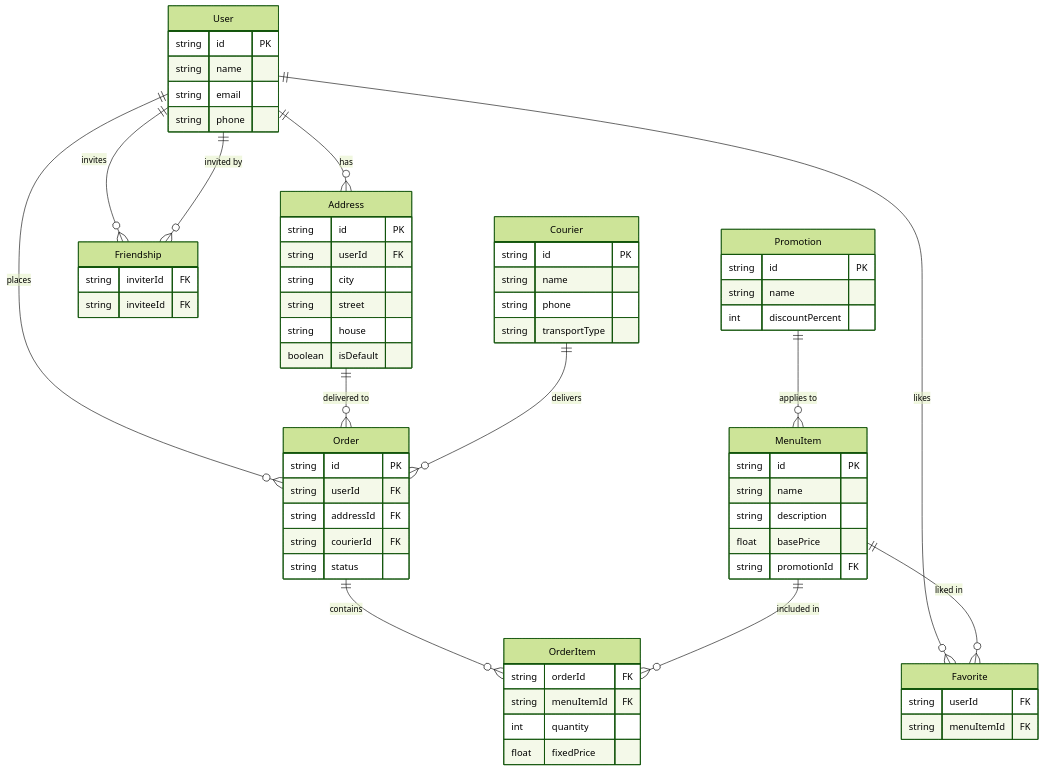
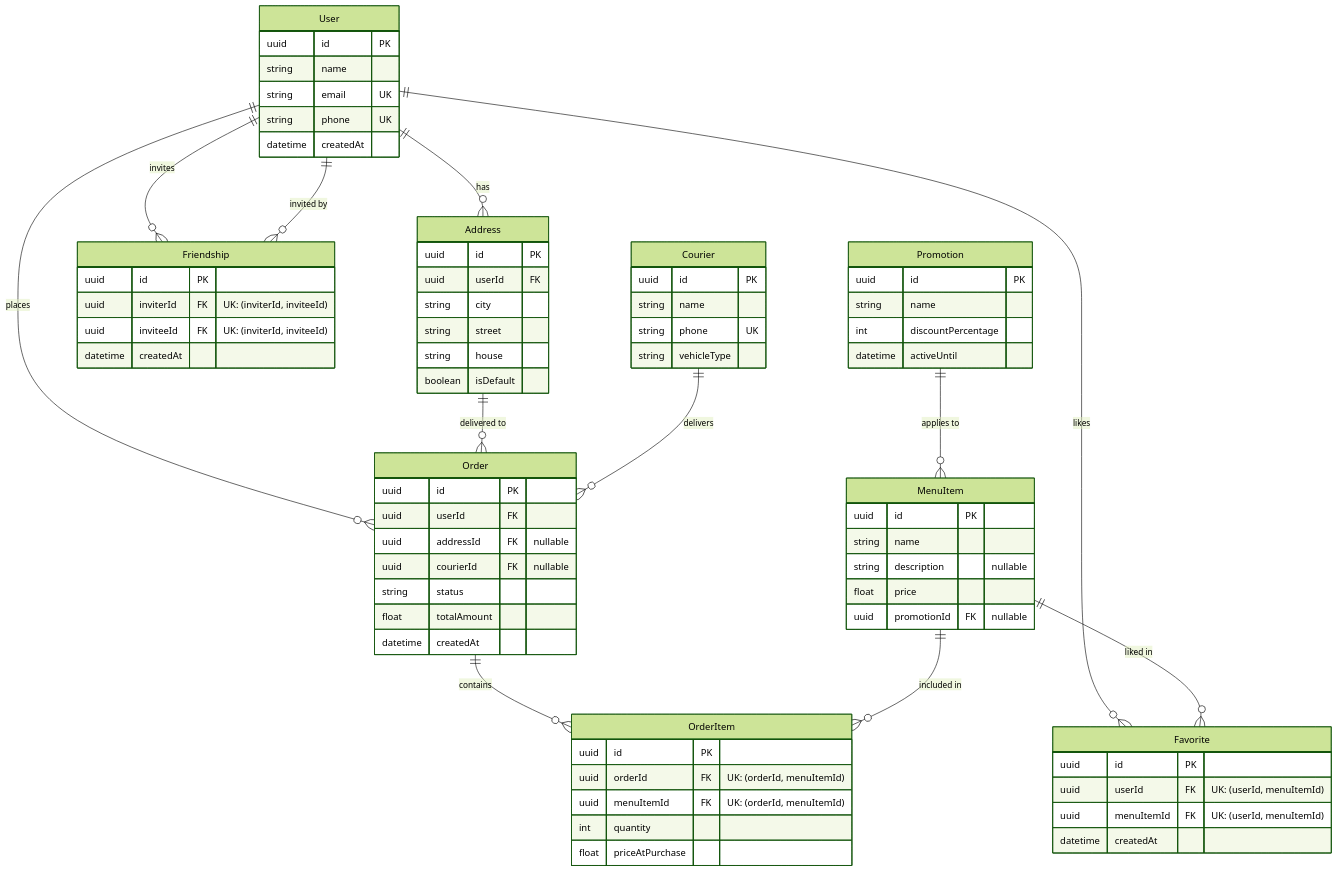
One commit to konkusandrey-gif/Kpi2_labwork changed the diagram in labs/lab1-er/model/er.mmd. Above: the diagram before and after it, drawn with Mermaid (forest theme).

Commit message:
update ER diagram with UUID, UK, and nullable fields based on new spec
Updated data types for various fields to use UUIDs and modified some field names for clarity.

```diff
--- a/labs/lab1-er/model/er.mmd
+++ b/labs/lab1-er/model/er.mmd
@@ -1,66 +1,83 @@
 erDiagram
     User {
-        string id PK
+        uuid id PK
         string name
-        string email
-        string phone
+        string email UK
+        string phone UK
+        datetime createdAt
     }
+
     Address {
-        string id PK
-        string userId FK
+        uuid id PK
+        uuid userId FK
         string city
         string street
         string house
         boolean isDefault
     }
+
     Friendship {
-        string inviterId FK
-        string inviteeId FK
+        uuid id PK
+        uuid inviterId FK "UK: (inviterId, inviteeId)"
+        uuid inviteeId FK "UK: (inviterId, inviteeId)"
+        datetime createdAt
     }
+
     Promotion {
-        string id PK
+        uuid id PK
         string name
-        int discountPercent
+        int discountPercentage
+        datetime activeUntil
     }
+
     MenuItem {
-        string id PK
+        uuid id PK
         string name
-        string description
-        float basePrice
-        string promotionId FK
+        string description "nullable"
+        float price
+        uuid promotionId FK "nullable"
     }
+
     Favorite {
-        string userId FK
-        string menuItemId FK
+        uuid id PK
+        uuid userId FK "UK: (userId, menuItemId)"
+        uuid menuItemId FK "UK: (userId, menuItemId)"
+        datetime createdAt
     }
+
     Courier {
-        string id PK
+        uuid id PK
         string name
-        string phone
-        string transportType
+        string phone UK
+        string vehicleType
     }
+
     Order {
-        string id PK
-        string userId FK
-        string addressId FK
-        string courierId FK
+        uuid id PK
+        uuid userId FK
+        uuid addressId FK "nullable"
+        uuid courierId FK "nullable"
         string status
+        float totalAmount
+        datetime createdAt
     }
+
     OrderItem {
-        string orderId FK
-        string menuItemId FK
+        uuid id PK
+        uuid orderId FK "UK: (orderId, menuItemId)"
+        uuid menuItemId FK "UK: (orderId, menuItemId)"
         int quantity
-        float fixedPrice
+        float priceAtPurchase
     }
 
     User ||--o{ Address : "has"
     User ||--o{ Friendship : "invites"
     User ||--o{ Friendship : "invited by"
     User ||--o{ Favorite : "likes"
     MenuItem ||--o{ Favorite : "liked in"
     Promotion ||--o{ MenuItem : "applies to"
     User ||--o{ Order : "places"
     Address ||--o{ Order : "delivered to"
     Courier ||--o{ Order : "delivers"
     Order ||--o{ OrderItem : "contains"
     MenuItem ||--o{ OrderItem : "included in"
```
